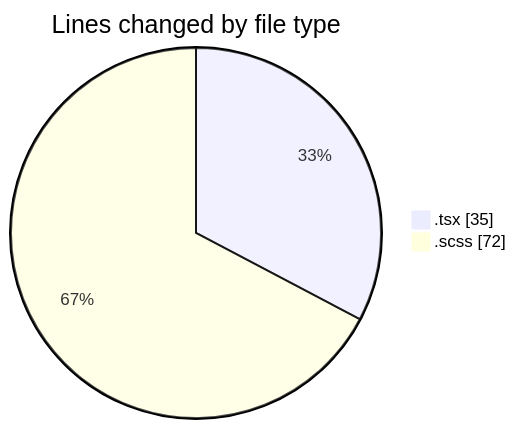
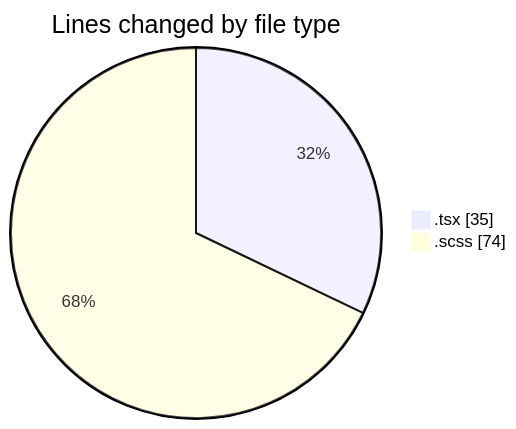
Before and after one commit to momahboobian/code-tracking: the first of 2 diagrams in 2025-12-09/cda/README.md, drawn with Mermaid. The commit also changed other lines of this file and 1 other file, not shown here.

````diff
--- a/2025-12-09/cda/README.md
+++ b/2025-12-09/cda/README.md
@@ -21,6 +21,6 @@
 ```mermaid
 pie showData
 title Lines changed by file type
 ".tsx" : 35
-".scss" : 72
+".scss" : 74
 ```
````
